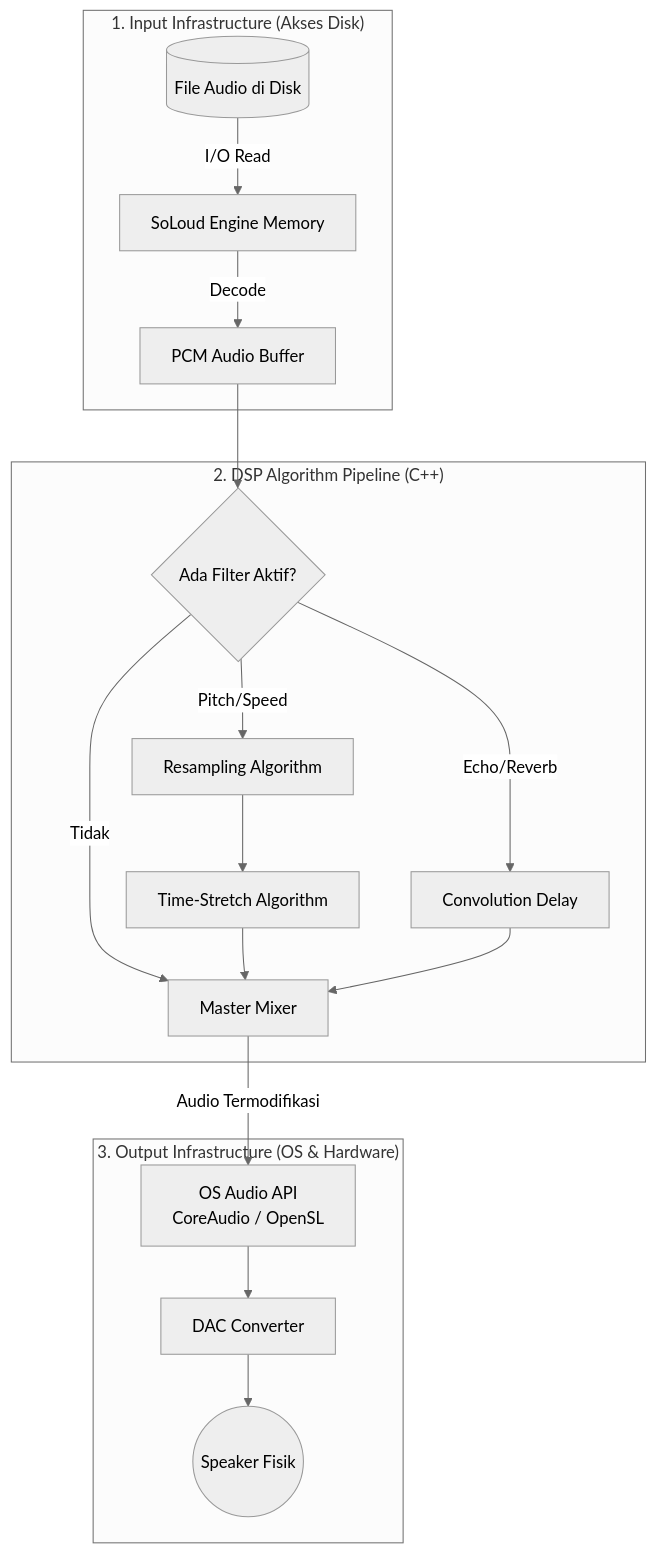
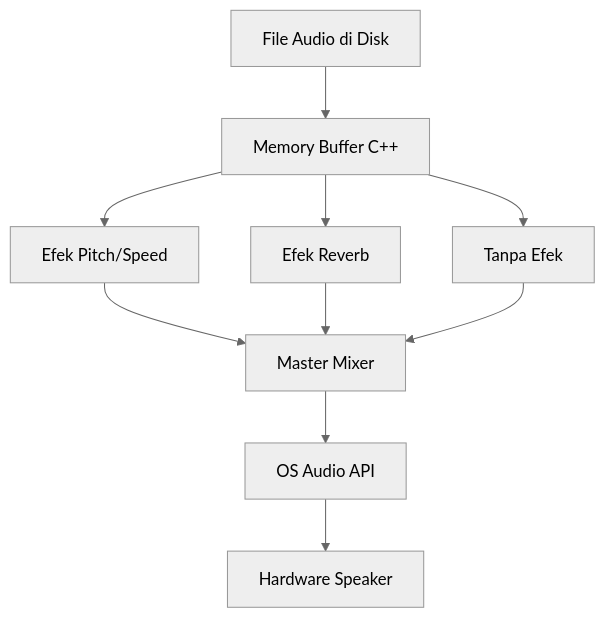
The diagram in DSP_ENGINE_ARCHITECTURE.md (nunutech40/VoiceChanger), drawn with Mermaid (neutral theme) before and after one commit.

Commit message:
docs: Ultra simplify Mermaid flowchart to short phrases for Twitter

````diff
--- a/DSP_ENGINE_ARCHITECTURE.md
+++ b/DSP_ENGINE_ARCHITECTURE.md
@@ -19,26 +19,15 @@
 ```mermaid
 graph TD
-    subgraph Input_Infra ["1. Input Infrastructure (Akses Disk)"]
-        A[(File Audio di Disk)] -->|I/O Read| B[SoLoud Engine Memory]
-        B -->|Decode| C[PCM Audio Buffer]
-    end
+    Input[File Audio di Disk] --> Mem[Memory Buffer C++]
     
-    subgraph DSP_Pipeline ["2. DSP Algorithm Pipeline (C++)"]
-        C --> D{Ada Filter Aktif?}
-        D -- Tidak --> H[Master Mixer]
-        
-        D -- Pitch/Speed --> E[Resampling Algorithm]
-        E --> F[Time-Stretch Algorithm]
-        
-        D -- Echo/Reverb --> G[Convolution Delay]
-        
-        F --> H
-        G --> H
-    end
+    Mem --> Pitch[Efek Pitch/Speed]
+    Mem --> Reverb[Efek Reverb]
+    Mem --> Polos[Tanpa Efek]
     
-    subgraph Output_Infra ["3. Output Infrastructure (OS & Hardware)"]
-        H -->|Audio Termodifikasi| I[OS Audio API <br> CoreAudio / OpenSL]
-        I --> J[DAC Converter]
-        J --> K((Speaker Fisik))
-    end
+    Pitch --> Mix[Master Mixer]
+    Reverb --> Mix
+    Polos --> Mix
+    
+    Mix --> API[OS Audio API]
+    API --> Speaker[Hardware Speaker]
 ```
````
